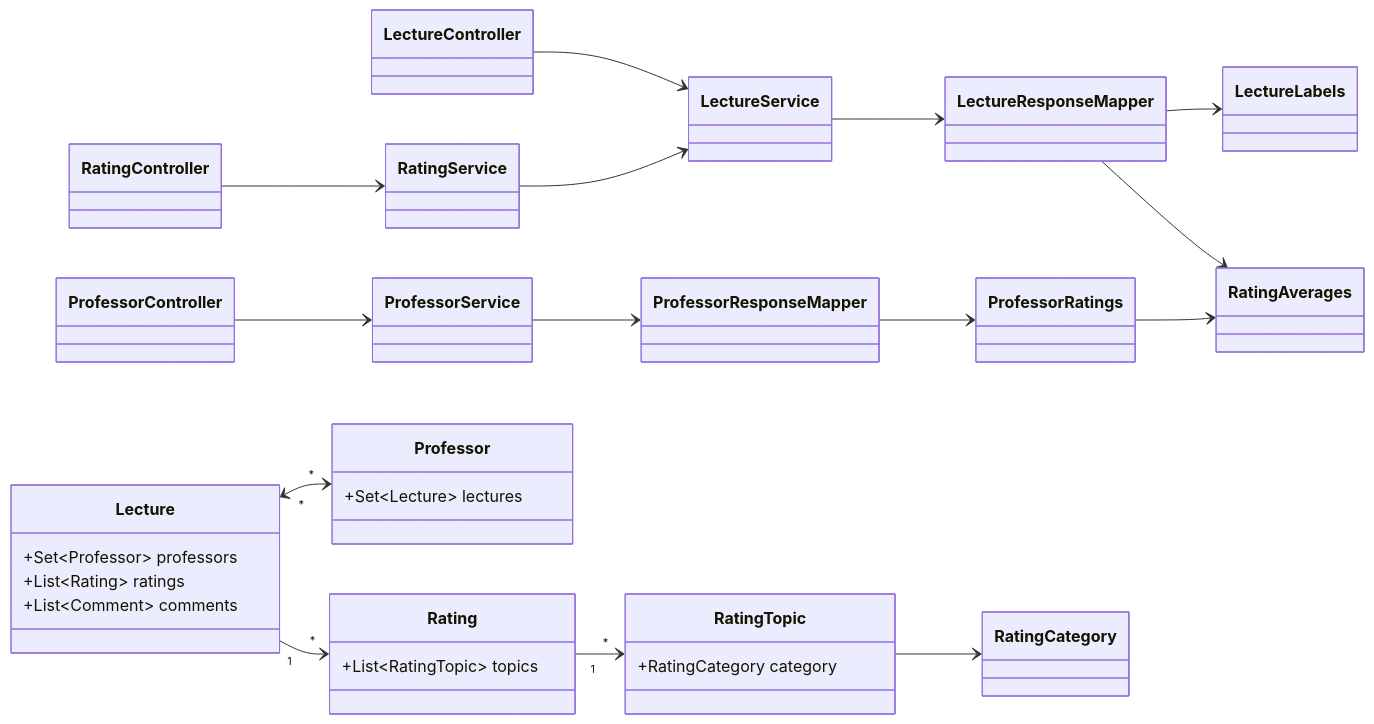
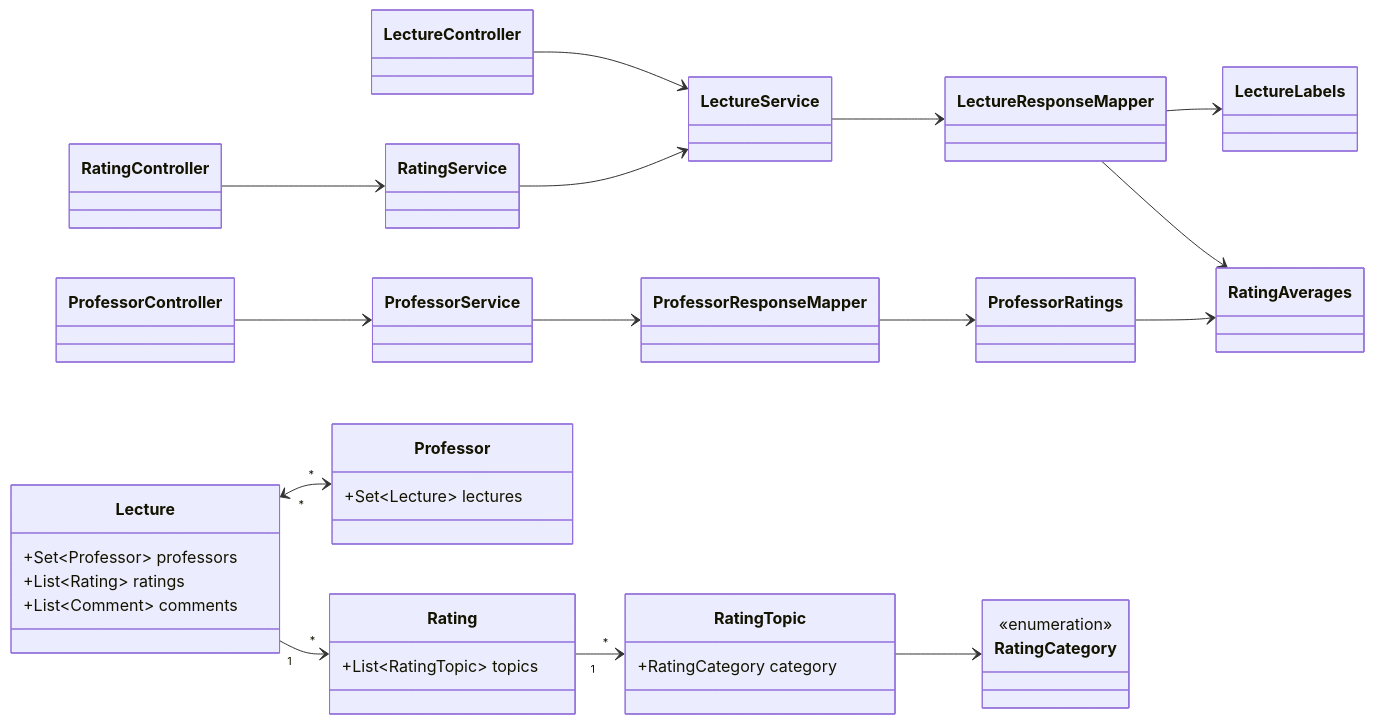
Before and after one commit to AlparslanSemiz/rate-my-professor: the fifth of 6 diagrams in backend/docs/class-diagrams.md, drawn with Mermaid. The commit also changed other lines of this file and 10 other files, not shown here.

````diff
--- a/backend/docs/class-diagrams.md
+++ b/backend/docs/class-diagrams.md
@@ -306,50 +324,53 @@
 ```mermaid
 classDiagram
     direction LR
 
     class LectureController
     class ProfessorController
     class RatingController
 
     class LectureService
     class ProfessorService
     class RatingService
 
     class LectureResponseMapper
     class ProfessorResponseMapper
     class LectureLabels
     class RatingAverages
     class ProfessorRatings
 
     class Lecture {
         +Set~Professor~ professors
         +List~Rating~ ratings
         +List~Comment~ comments
     }
     class Professor {
         +Set~Lecture~ lectures
     }
     class Rating {
         +List~RatingTopic~ topics
     }
+    class RatingCategory {
+        <<enumeration>>
+    }
     class RatingTopic {
         +RatingCategory category
     }
 
     LectureController --> LectureService
     ProfessorController --> ProfessorService
     RatingController --> RatingService
     RatingService --> LectureService
 
     LectureService --> LectureResponseMapper
     ProfessorService --> ProfessorResponseMapper
     LectureResponseMapper --> LectureLabels
     LectureResponseMapper --> RatingAverages
     ProfessorResponseMapper --> ProfessorRatings
     ProfessorRatings --> RatingAverages
 
     Lecture "*" <--> "*" Professor
     Lecture "1" --> "*" Rating
     Rating "1" --> "*" RatingTopic
     RatingTopic --> RatingCategory
 ```
````
